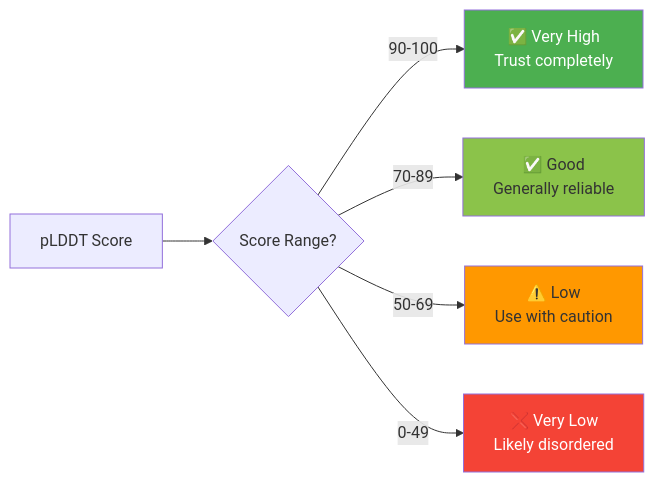
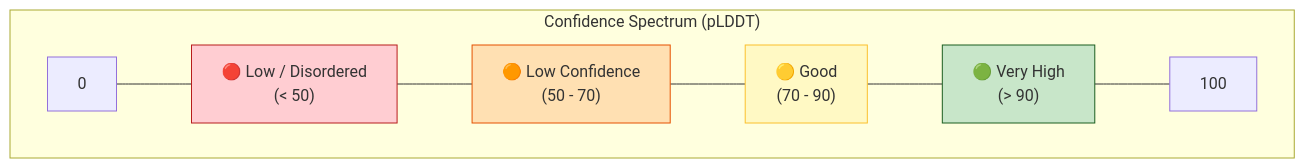
The second of 7 diagrams in Diagram.md (kimtth/science-alpha-fold-note), drawn with Mermaid before and after one commit. The commit also changed other lines of this file and 2 other files, not shown here.

````diff
--- a/Diagram.md
+++ b/Diagram.md
@@ -50,13 +53,16 @@
 ```mermaid
-flowchart LR
-    A[pLDDT Score] --> B{Score Range?}
-    B -->|90-100| C[✅ Very High<br/>Trust completely]
-    B -->|70-89| D[✅ Good<br/>Generally reliable]
-    B -->|50-69| E[⚠️ Low<br/>Use with caution]
-    B -->|0-49| F[❌ Very Low<br/>Likely disordered]
-    
-    style C fill:#4caf50,color:#fff
-    style D fill:#8bc34a
-    style E fill:#ff9800
-    style F fill:#f44336,color:#fff
+graph LR
+    subgraph Scale ["Confidence Spectrum (pLDDT)"]
+        direction LR
+        A[0] --- B["🔴 Low / Disordered<br/>(< 50)"]
+        B --- C["🟠 Low Confidence<br/>(50 - 70)"]
+        C --- D["🟡 Good<br/>(70 - 90)"]
+        D --- E["🟢 Very High<br/>(> 90)"]
+        E --- F[100]
+    end
+
+    style B fill:#ffcdd2,stroke:#b71c1c
+    style C fill:#ffe0b2,stroke:#e65100
+    style D fill:#fff9c4,stroke:#fbc02d
+    style E fill:#c8e6c9,stroke:#1b5e20
 ```
````
